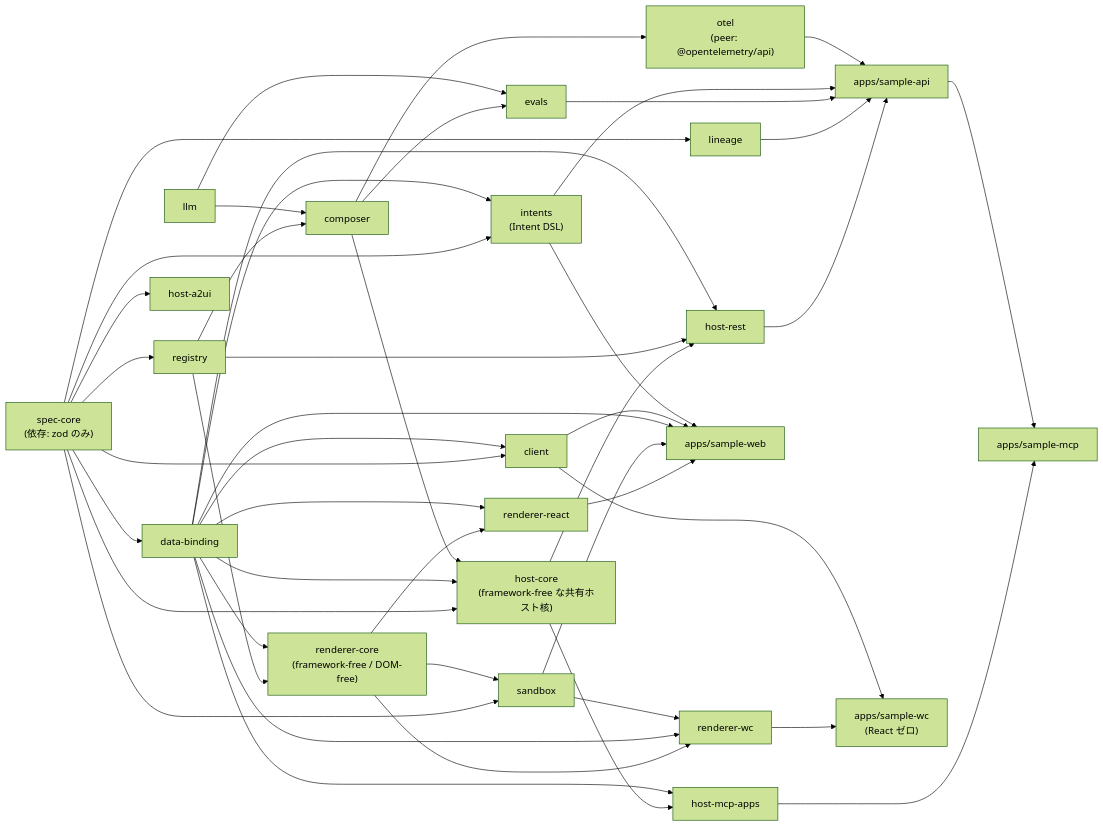
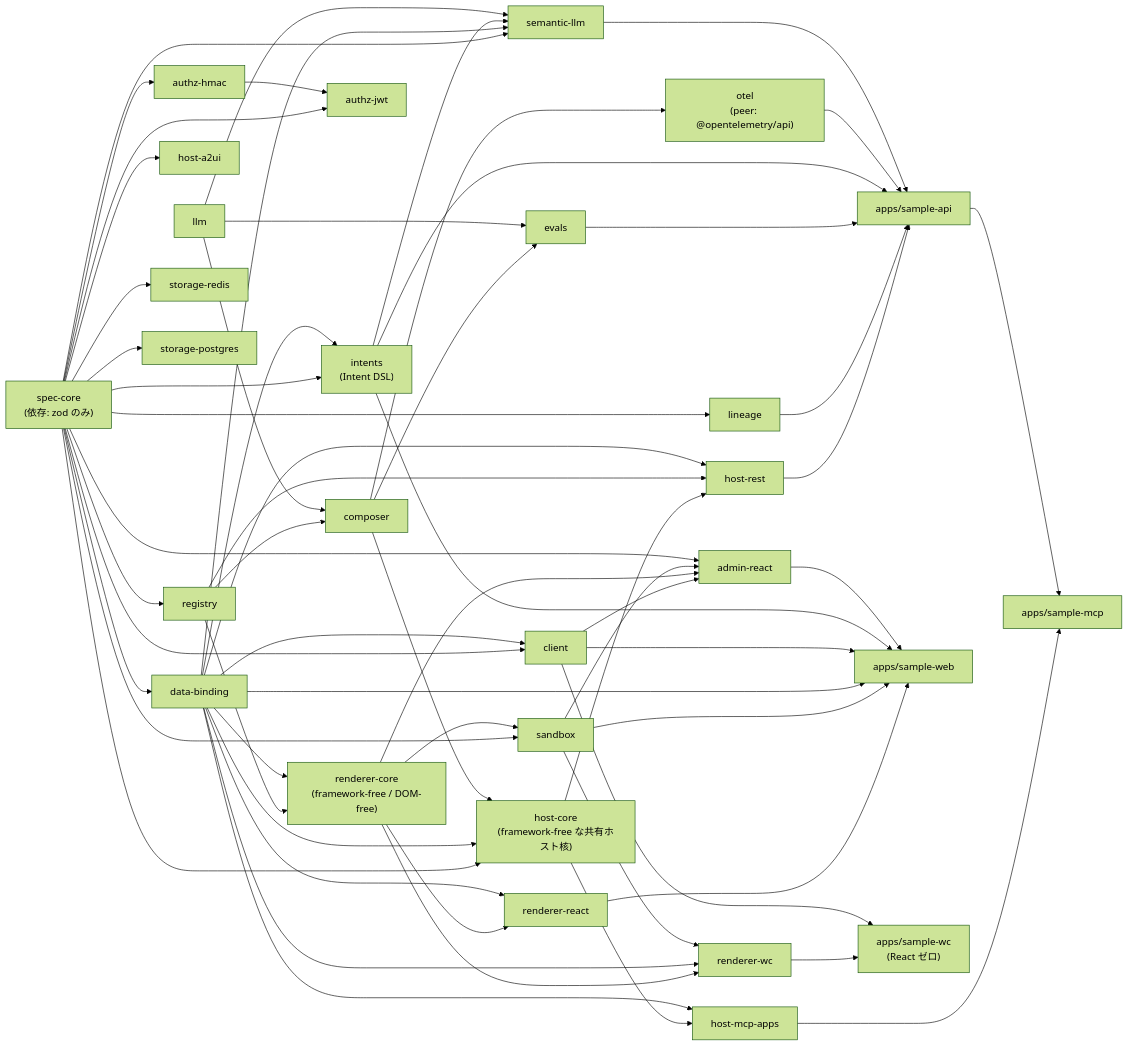
One commit to yosuque/kohaku changed the second of 4 diagrams in docs/design.ja.md. Above: the diagram before and after it, drawn with Mermaid (forest theme). The commit also changed other lines of this file and 18 other files, not shown here.

````diff
--- a/docs/design.ja.md
+++ b/docs/design.ja.md
@@ -54,25 +54,31 @@
 ```mermaid
 flowchart LR
     SC["spec-core<br/>(依存: zod のみ)"]
     SC --> RG["registry"]
     SC --> DB["data-binding"]
     SC & DB --> INT["intents<br/>(Intent DSL)"]
     LL["llm"]
     RG & LL --> CP["composer"]
     RG & DB --> RC["renderer-core<br/>(framework-free / DOM-free)"]
     RC & DB --> RR["renderer-react"]
     RC & DB & SB --> RW["renderer-wc"]
     SC & RC --> SB["sandbox"]
     SC --> LN["lineage"]
     SC & DB --> CL["client"]
     CP & LL --> EV["evals"]
     SC & DB & CP --> HC["host-core<br/>(framework-free な共有ホスト核)"]
     HC & RG & DB --> HR["host-rest"]
     HC & DB --> HM["host-mcp-apps"]
     CP --> OT["otel<br/>(peer: @opentelemetry/api)"]
     SC --> HA["host-a2ui"]
-    HR & LN & EV & INT & OT --> API["apps/sample-api"]
-    RR & SB & DB & CL & INT --> WEBAPP["apps/sample-web"]
+    SC --> AH["authz-hmac"]
+    SC & AH --> AJ["authz-jwt"]
+    SC --> SR["storage-redis"]
+    SC --> SP["storage-postgres"]
+    SC & DB & INT & LL --> SL["semantic-llm"]
+    CL & RC & SB & SC --> AR["admin-react"]
+    HR & LN & EV & INT & OT & SL --> API["apps/sample-api"]
+    RR & SB & DB & CL & INT & AR --> WEBAPP["apps/sample-web"]
     RW & CL --> WCAPP["apps/sample-wc<br/>(React ゼロ)"]
     HM & API --> MCP["apps/sample-mcp"]
 ```
````
